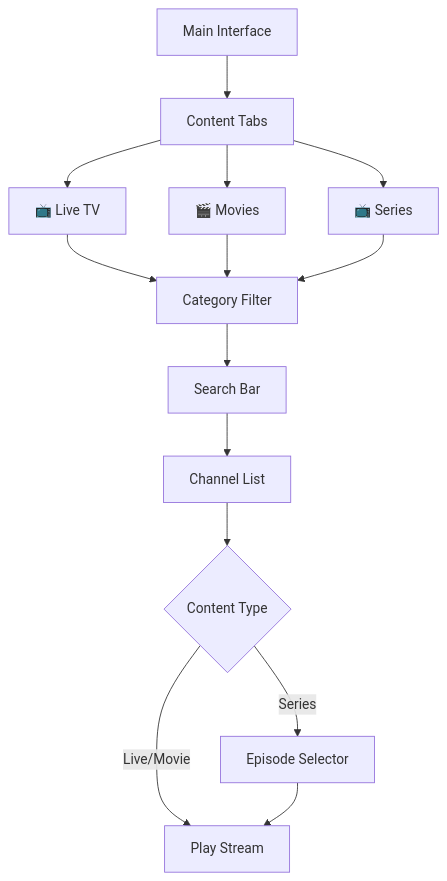
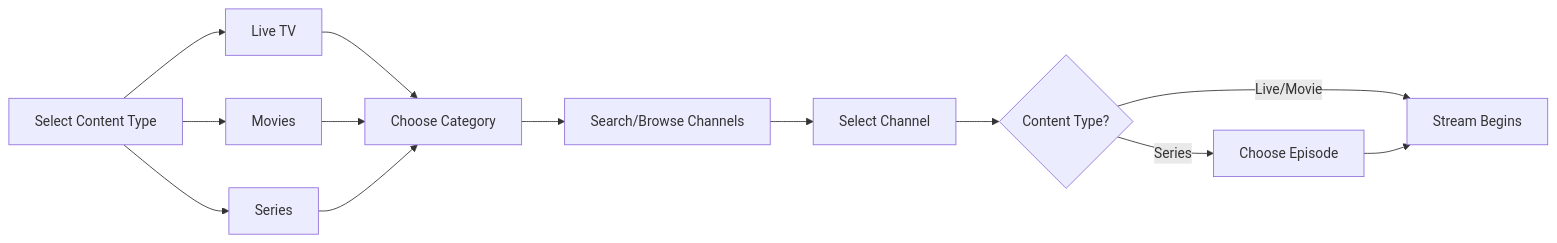
The second of 4 diagrams in README.md (xsukax/xsukax-IPTV-Player), drawn with Mermaid before and after one commit. The commit also changed other lines of this file, not shown here.

````diff
--- a/README.md
+++ b/README.md
@@ -158,19 +126,15 @@
 ```mermaid
-graph TD
-    A[Main Interface] --> B[Content Tabs]
-    B --> C[📺 Live TV]
-    B --> D[🎬 Movies]
-    B --> E[📺 Series]
-    
-    C --> F[Category Filter]
-    D --> F
-    E --> F
-    
-    F --> G[Search Bar]
-    G --> H[Channel List]
-    H --> I{Content Type}
-    
-    I -->|Live/Movie| J[Play Stream]
-    I -->|Series| K[Episode Selector]
-    K --> J
+graph LR
+    A[Select Content Type] --> B[Live TV]
+    A --> C[Movies]
+    A --> D[Series]
+    B --> E[Choose Category]
+    C --> E
+    D --> E
+    E --> F[Search/Browse Channels]
+    F --> G[Select Channel]
+    G --> H{Content Type?}
+    H -->|Live/Movie| I[Stream Begins]
+    H -->|Series| J[Choose Episode]
+    J --> I
 ```
````
